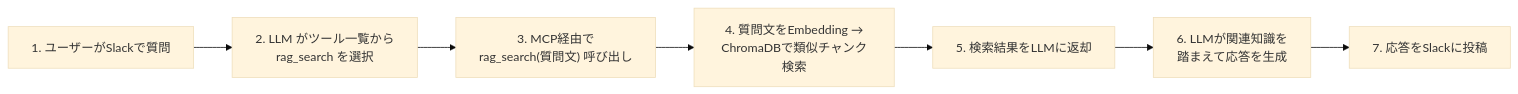
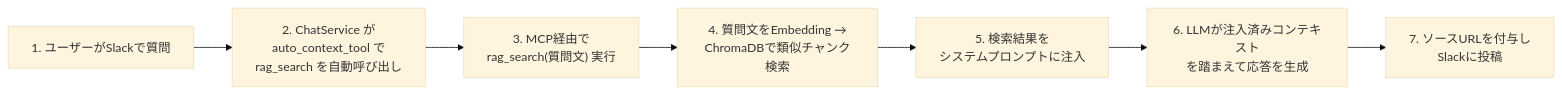
Before and after one commit to becky3/learning-companion: the second of 3 diagrams in docs/specs/f9-rag.md, drawn with Mermaid (base theme). The commit also changed other lines of this file and 1 other file, not shown here.

First line of the commit message:
docs(f5,f9): MCPServerConfig拡張フィールドとauto_context_tool方式を仕様書に反映 (#564)

````diff
--- a/docs/specs/f9-rag.md
+++ b/docs/specs/f9-rag.md
@@ -63,9 +65,9 @@
 ```mermaid
 flowchart LR
-    A["1. ユーザーがSlackで質問"] --> B["2. LLM がツール一覧から<br/>rag_search を選択"]
-    B --> C["3. MCP経由で<br/>rag_search(質問文) 呼び出し"]
+    A["1. ユーザーがSlackで質問"] --> B["2. ChatService が<br/>auto_context_tool で<br/>rag_search を自動呼び出し"]
+    B --> C["3. MCP経由で<br/>rag_search(質問文) 実行"]
     C --> D["4. 質問文をEmbedding →<br/>ChromaDBで類似チャンク検索"]
-    D --> E["5. 検索結果をLLMに返却"]
-    E --> F["6. LLMが関連知識を<br/>踏まえて応答を生成"]
-    F --> G["7. 応答をSlackに投稿"]
+    D --> E["5. 検索結果を<br/>システムプロンプトに注入"]
+    E --> F["6. LLMが注入済みコンテキスト<br/>を踏まえて応答を生成"]
+    F --> G["7. ソースURLを付与し<br/>Slackに投稿"]
 ```
````
